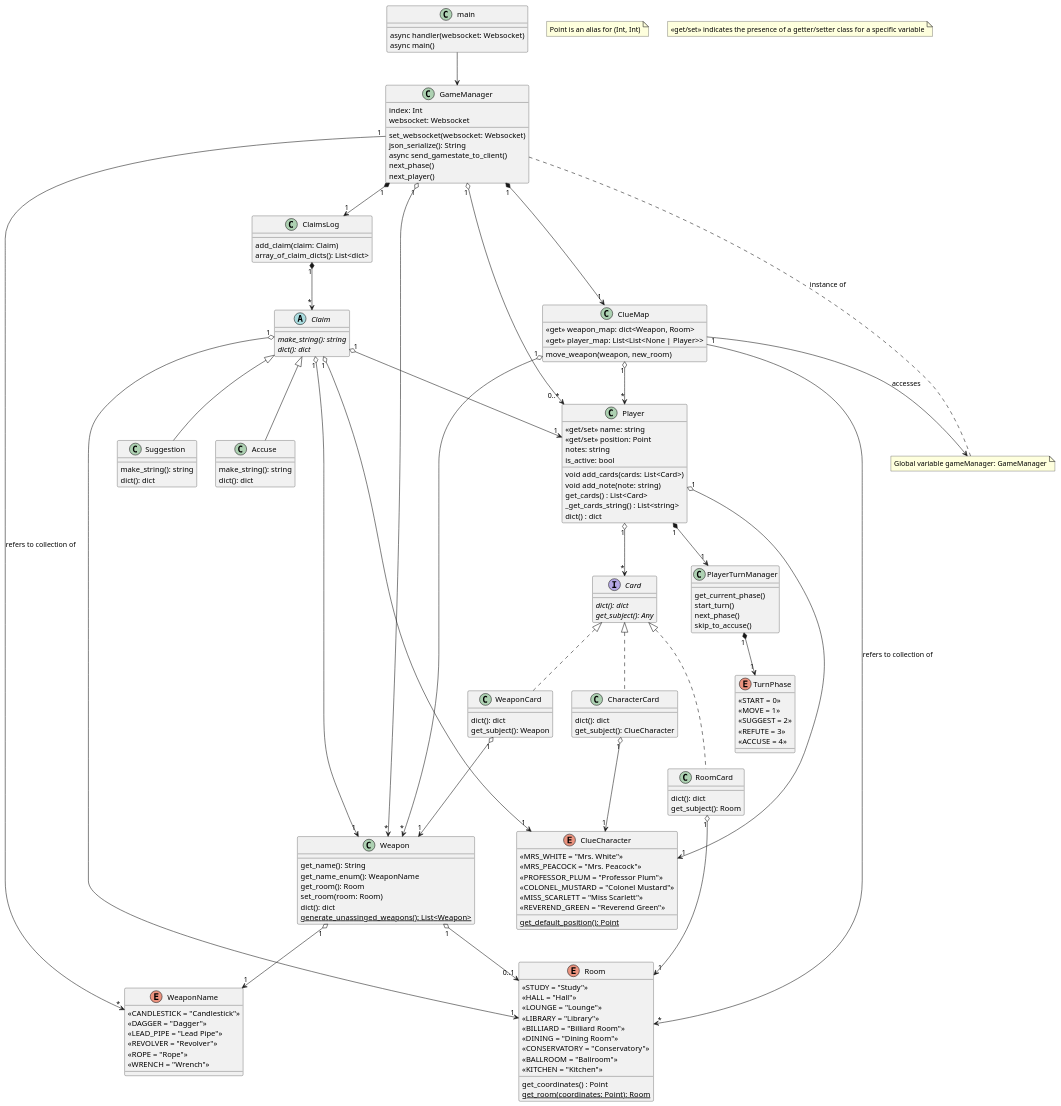
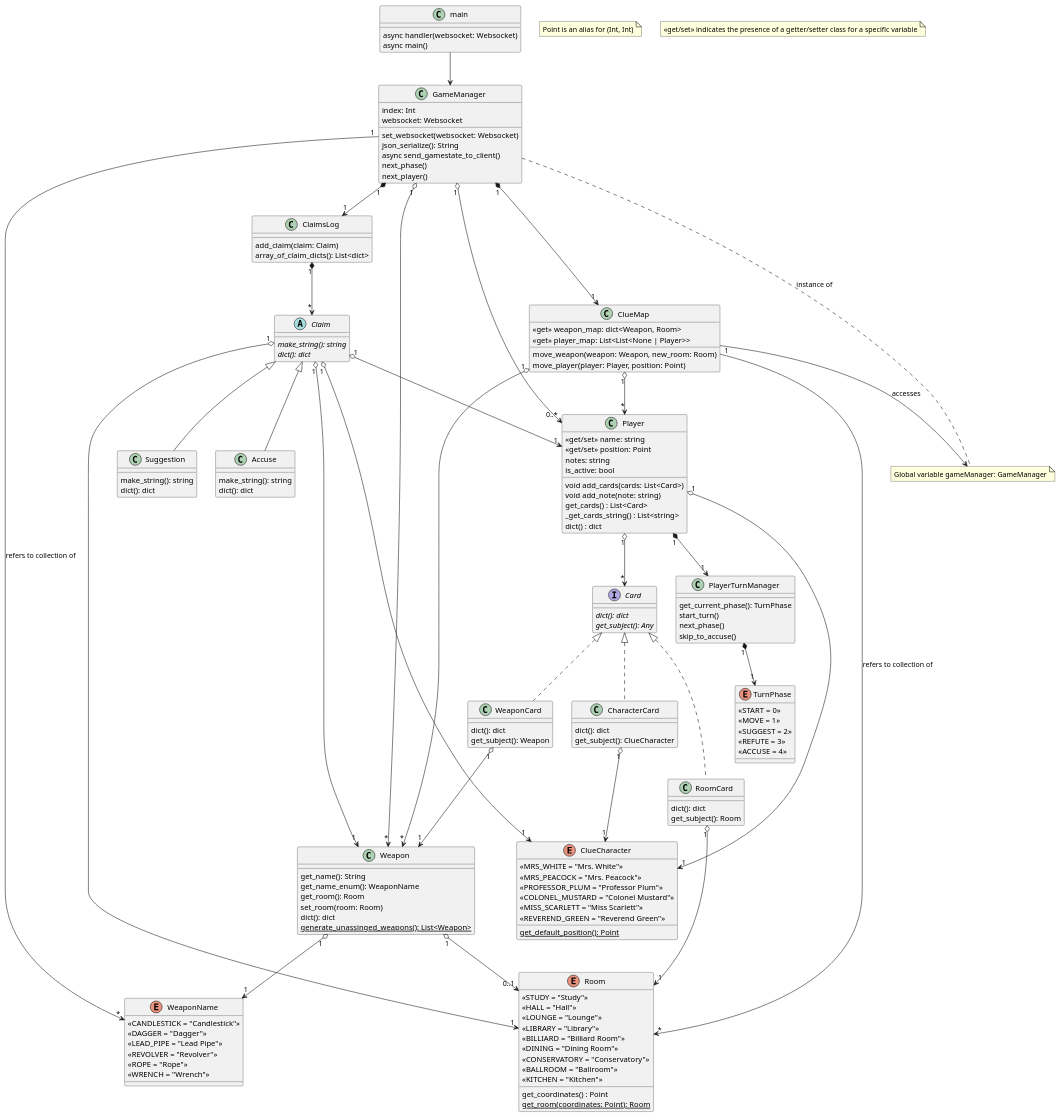
Before and after one commit to jfiorin1/clue-game-server: the diagram in clue-less.puml, drawn with PlantUML.

```diff
--- a/clue-less.puml
+++ b/clue-less.puml
@@ -1,170 +1,171 @@
 @startuml
 'https://plantuml.com/class-diagram
 
 class main {
     async handler(websocket: Websocket)
     async main()
 }
 
 main --> GameManager
 
 class GameManager {
     index: Int
     websocket: Websocket
     set_websocket(websocket: Websocket)
     json_serialize(): String
     async send_gamestate_to_client()
     next_phase()
     next_player()
 }
 
 GameManager "1" o--> "0..*" Player
 GameManager "1" o--> "*" Weapon
 GameManager "1" --> "*" WeaponName: refers to collection of
 GameManager "1" *--> "1" ClaimsLog
 GameManager "1" *--> "1" ClueMap
 
 note "Point is an alias for (Int, Int)" as n
 note "<<get/set>> indicates the presence of a getter/setter class for a specific variable" as n2
 note "Global variable gameManager: GameManager" as g
 
 GameManager -[dashed]- g: instance of
 
 class Player {
     <<get/set>> name: string
     <<get/set>> position: Point
     notes: string
     is_active: bool
     void add_cards(cards: List<Card>)
     void add_note(note: string)
     get_cards() : List<Card>
     _get_cards_string() : List<string>
     dict() : dict
 }
 
 Player "1" o--> "1" ClueCharacter
 Player "1" o--> "*" Card
 Player "1" *--> "1" PlayerTurnManager
 
 enum ClueCharacter {
     <<MRS_WHITE = "Mrs. White">>
     <<MRS_PEACOCK = "Mrs. Peacock">>
     <<PROFESSOR_PLUM = "Professor Plum">>
     <<COLONEL_MUSTARD = "Colonel Mustard">>
     <<MISS_SCARLETT = "Miss Scarlett">>
     <<REVEREND_GREEN = "Reverend Green">>
     {static} get_default_position(): Point
 }
 
 class Weapon {
     get_name(): String
     get_name_enum(): WeaponName
     get_room(): Room
     set_room(room: Room)
     dict(): dict
     {static} generate_unassinged_weapons(): List<Weapon>
 }
 
 Weapon "1" o--> "1" WeaponName
 Weapon "1" o--> "0..1" Room
 
 enum WeaponName {
     <<CANDLESTICK = "Candlestick">>
     <<DAGGER = "Dagger">>
     <<LEAD_PIPE = "Lead Pipe">>
     <<REVOLVER = "Revolver">>
     <<ROPE = "Rope">>
     <<WRENCH = "Wrench">>
 }
 
 class ClaimsLog {
     add_claim(claim: Claim)
     array_of_claim_dicts(): List<dict>
 }
 
 ClaimsLog "1" *--> "*" Claim
 
 abstract class Claim {
     {abstract} make_string(): string
     {abstract} dict(): dict
 }
 
 Claim "1" o--> "1" ClueCharacter
 Claim "1" o--> "1" Weapon
 Claim "1" o--> "1" Room
 Claim "1" o--> "1" Player
 
 class Suggestion extends Claim {
     make_string(): string
     dict(): dict
 }
 class Accuse extends Claim {
     make_string(): string
     dict(): dict
 }
 
 interface Card {
     {abstract} dict(): dict
     {abstract} get_subject(): Any
 }
 
 class CharacterCard implements Card {
     dict(): dict
     get_subject(): ClueCharacter
 }
 class WeaponCard implements Card {
     dict(): dict
     get_subject(): Weapon
 }
 class RoomCard implements Card {
     dict(): dict
     get_subject(): Room
 }
 
 CharacterCard "1" o--> "1" ClueCharacter
 RoomCard "1" o--> "1" Room
 WeaponCard "1" o--> "1" Weapon
 
 class ClueMap {
     <<get>> weapon_map: dict<Weapon, Room>
     <<get>> player_map: List<List<None | Player>>
-    move_weapon(weapon, new_room)
+    move_weapon(weapon: Weapon, new_room: Room)
+    move_player(player: Player, position: Point)
 }
 
 ClueMap "1" o--> "*" Weapon
 ClueMap "1" o--> "*" Player
 ClueMap "1" --> "*" Room: refers to collection of
 ClueMap --> g: accesses
 
 enum Room {
     <<STUDY = "Study">>
     <<HALL = "Hall">>
     <<LOUNGE = "Lounge">>
     <<LIBRARY = "Library">>
     <<BILLIARD = "Billiard Room">>
     <<DINING = "Dining Room">>
     <<CONSERVATORY = "Conservatory">>
     <<BALLROOM = "Ballroom">>
     <<KITCHEN = "Kitchen">>
     get_coordinates() : Point
     {static} get_room(coordinates: Point): Room
 }
 
 class PlayerTurnManager {
-    get_current_phase()
+    get_current_phase(): TurnPhase
     start_turn()
     next_phase()
     skip_to_accuse()
 }
 
 PlayerTurnManager "1" *--> "1" TurnPhase
 
 enum TurnPhase {
     <<START = 0>>
     <<MOVE = 1>>
     <<SUGGEST = 2>>
     <<REFUTE = 3>>
     <<ACCUSE = 4>>
 }
 
 @enduml
```
